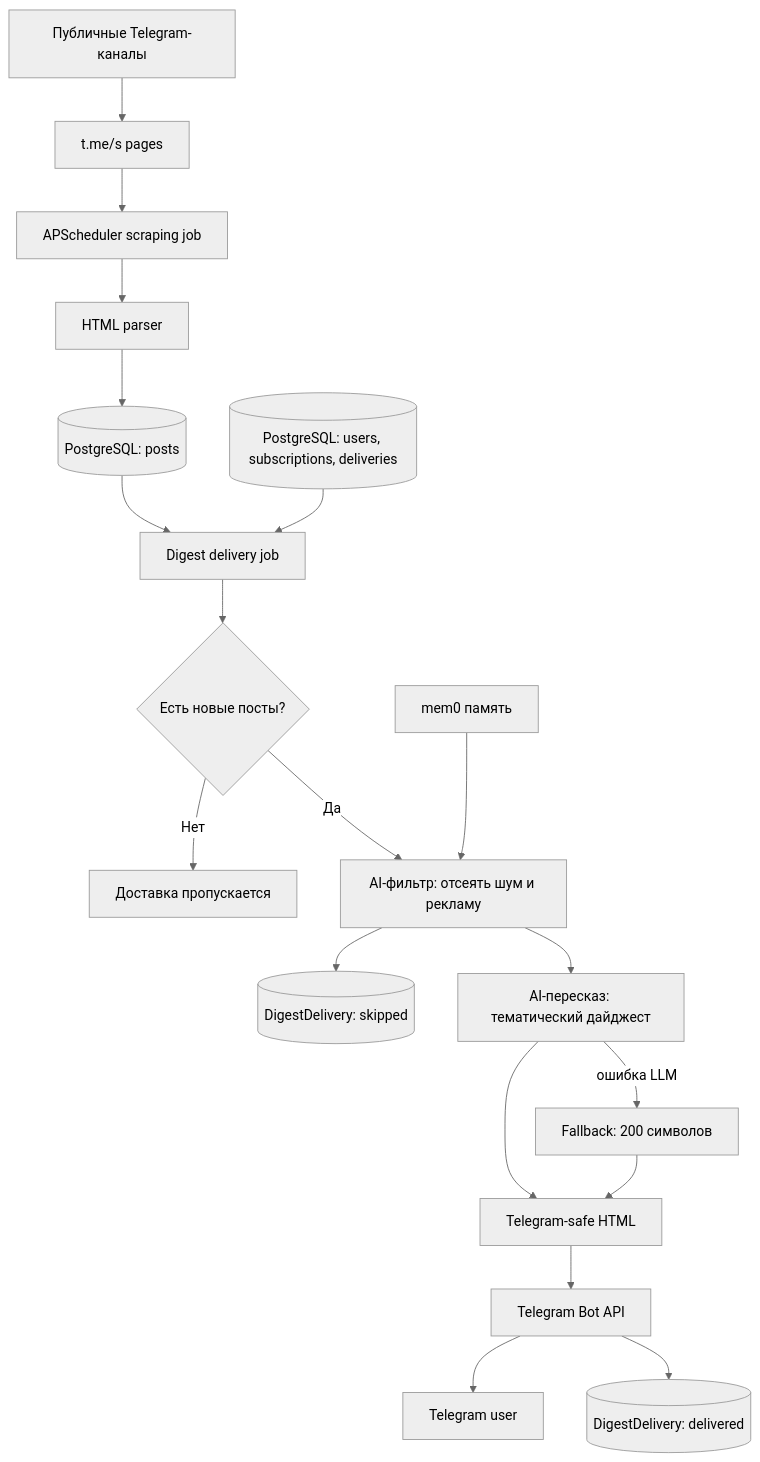
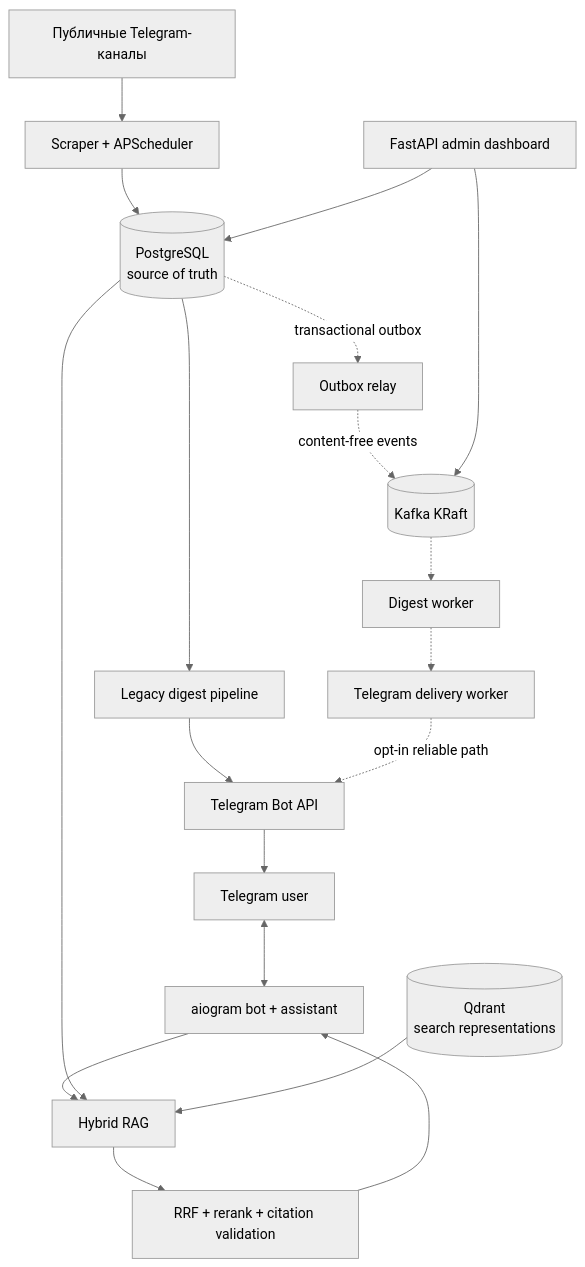
The diagram in README.md (bzzbbzbz/Channel-Scanner), drawn with Mermaid (neutral theme) before and after one commit. The commit also changed other lines of this file and 3 other files, not shown here.

Commit message:
docs: showcase RAG and Kafka architecture

````diff
--- a/README.md
+++ b/README.md
@@ -58,22 +97,25 @@
 ```mermaid
 flowchart TD
-    channel[Публичные Telegram-каналы] --> pages[t.me/s pages]
-    pages --> scraper[APScheduler scraping job]
-    scraper --> parser[HTML parser]
-    parser --> posts[(PostgreSQL: posts)]
+    channels[Публичные Telegram-каналы] --> scraper[Scraper + APScheduler]
+    scraper --> pg[(PostgreSQL<br/>source of truth)]
 
-    posts --> selector[Digest delivery job]
-    subscriptions[(PostgreSQL: users, subscriptions, deliveries)] --> selector
-    selector --> empty{Есть новые посты?}
-    empty -- Нет --> stop[Доставка пропускается]
-    empty -- Да --> filter[AI-фильтр: отсеять шум и рекламу]
-    memory[mem0 память] --> filter
-    filter --> skipped[(DigestDelivery: skipped)]
-    filter --> summary[AI-пересказ: тематический дайджест]
-    summary --> rendered[Telegram-safe HTML]
-    summary -- ошибка LLM --> fallback[Fallback: 200 символов]
-    fallback --> rendered
-    rendered --> sender[Telegram Bot API]
-    sender --> user[Telegram user]
-    sender --> delivered[(DigestDelivery: delivered)]
+    user[Telegram user] <--> bot[aiogram bot + assistant]
+    pg --> legacy[Legacy digest pipeline]
+    legacy --> telegram[Telegram Bot API]
+    telegram --> user
+
+    bot --> rag[Hybrid RAG]
+    pg --> rag
+    qdrant[(Qdrant<br/>search representations)] --> rag
+    rag --> rerank[RRF + rerank + citation validation]
+    rerank --> bot
+
+    pg -. transactional outbox .-> relay[Outbox relay]
+    relay -. content-free events .-> kafka[(Kafka KRaft)]
+    kafka -.-> renderer[Digest worker]
+    renderer -.-> delivery[Telegram delivery worker]
+    delivery -. opt-in reliable path .-> telegram
+
+    admin[FastAPI admin dashboard] --> pg
+    admin --> kafka
 ```
````
